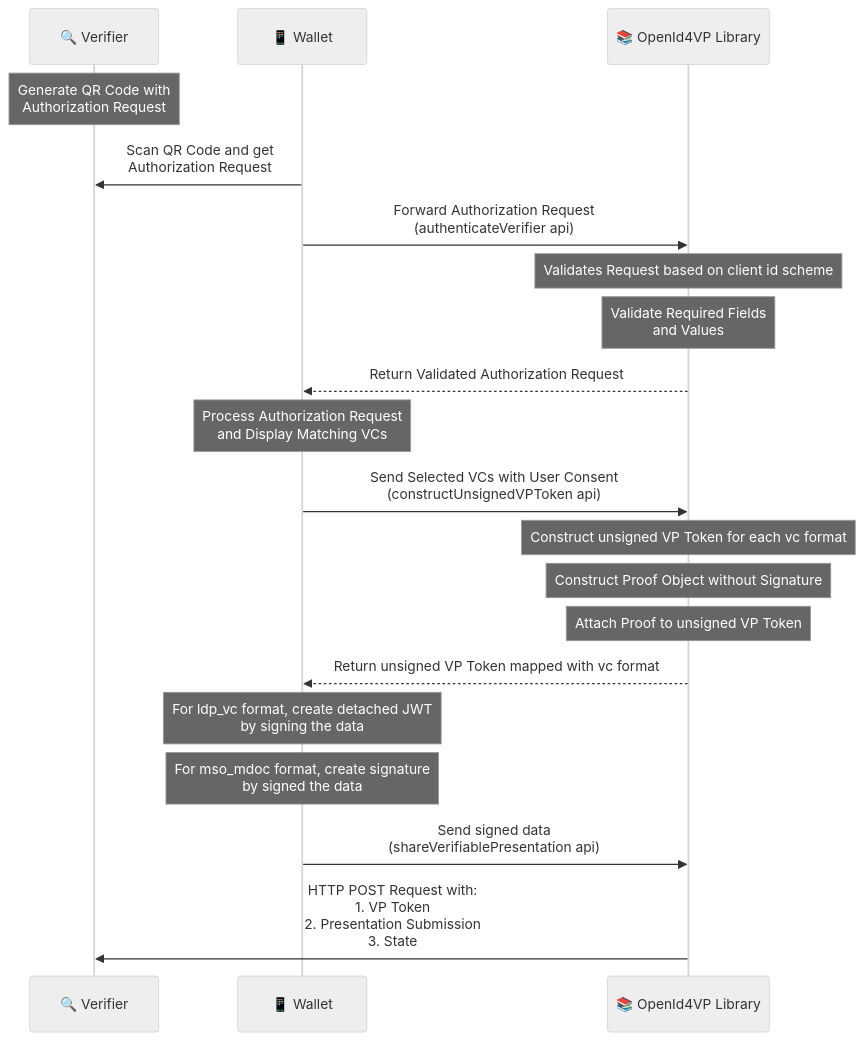
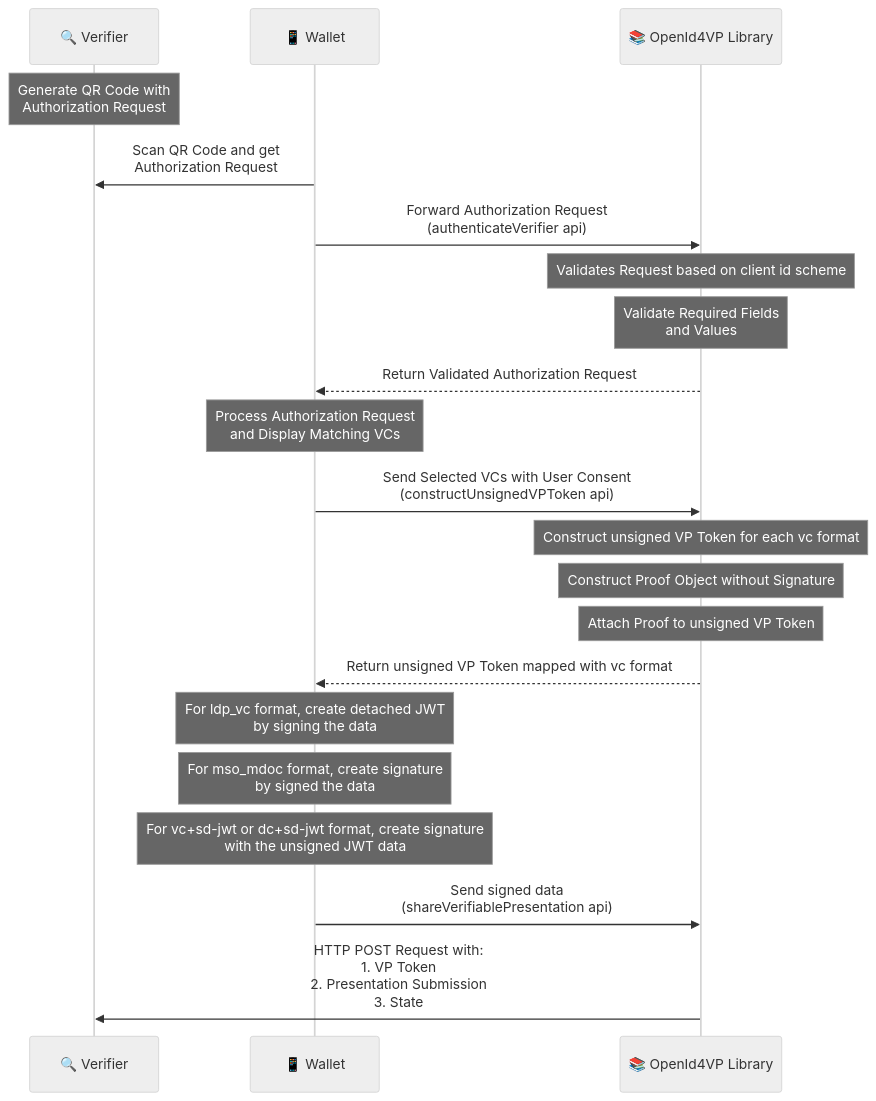
Before and after one commit to mosip/inji-openid4vp: the diagram in README.md, drawn with Mermaid (neutral theme). The commit also changed other lines of this file and 1 other file, not shown here.

````diff
--- a/README.md
+++ b/README.md
@@ -86,30 +89,31 @@
 ```mermaid
 sequenceDiagram
     participant VP as 🔍 Verifier
     participant W as 📱 Wallet
     participant Lib as 📚 OpenId4VP Library
 
     Note over VP: Generate QR Code with<br/>Authorization Request
     W ->> VP: Scan QR Code and get<br/>Authorization Request
     W ->> Lib: Forward Authorization Request<br/>(authenticateVerifier api)
 
     Note over Lib: Validates Request based on client id scheme
     Note over Lib: Validate Required Fields<br/>and Values
     Lib-->>W: Return Validated Authorization Request
 
 
     Note over W: Process Authorization Request<br/>and Display Matching VCs
 
     W->>Lib: Send Selected VCs with User Consent<br/>(constructUnsignedVPToken api)
     Note over Lib: Construct unsigned VP Token for each vc format
     Note over Lib: Construct Proof Object without Signature
     Note over Lib: Attach Proof to unsigned VP Token
     Lib-->>W: Return unsigned VP Token mapped with vc format
 
     Note over W: For ldp_vc format, create detached JWT<br/>by signing the data
     Note over W: For mso_mdoc format, create signature<br/>by signed the data
+    Note over W: For vc+sd-jwt or dc+sd-jwt format, create signature<br/>with the unsigned JWT data
     W->>Lib: Send signed data<br/>(shareVerifiablePresentation api)
 
 
     Lib->>VP: HTTP POST Request with:<br/>1. VP Token<br/>2. Presentation Submission<br/>3. State
 ```
````
